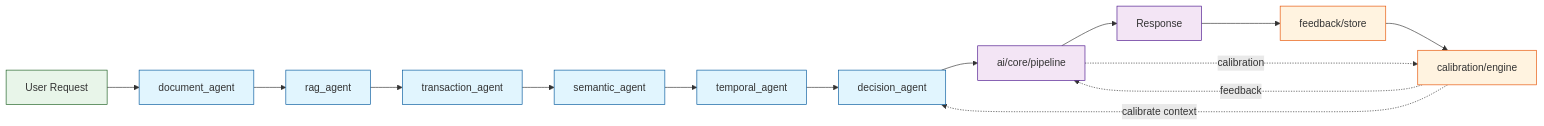
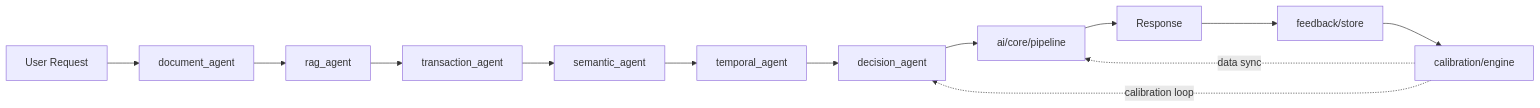
Before and after one commit to Quantum-Blade1/multi-agent-model: the first of 4 diagrams in README.md, drawn with Mermaid.

Commit message:
Refactor flowchart in README for clarity
Removed unnecessary comments and styles from the flowchart in the README.

````diff
--- a/README.md
+++ b/README.md
@@ -9,32 +9,18 @@
 ```mermaid
 flowchart LR
-    %% Main horizontal sequence
     UserReq["User Request"] --> documentAgent["document_agent"]
     documentAgent --> ragAgent["rag_agent"]
     ragAgent --> transactionAgent["transaction_agent"]
     transactionAgent --> semanticAgent["semantic_agent"]
     semanticAgent --> temporalAgent["temporal_agent"]
     temporalAgent --> decisionAgent["decision_agent"]
+    
     decisionAgent --> corePipeline["ai/core/pipeline"]
-    corePipeline --> Response
+    corePipeline --> Response["Response"]
     Response --> feedbackStore["feedback/store"]
     feedbackStore --> calibrationEngine["calibration/engine"]
 
-    %% Calibration feedback loops
-    corePipeline -.->|calibration| calibrationEngine
-    calibrationEngine -.->|feedback| corePipeline
-    calibrationEngine -.->|calibrate context| decisionAgent
-
-    %% Defining styles for visual clarity
-    classDef agent fill:#e1f5fe,stroke:#01579b,stroke-width:1px;
-    classDef user fill:#e8f5e9,stroke:#1b5e20,stroke-width:1px;
-    classDef core fill:#f3e5f5,stroke:#4a148c,stroke-width:1px;
-    classDef calibrate fill:#fff3e0,stroke:#e65100,stroke-width:1px;
-
-    %% Applying styles to nodes
-    class documentAgent,ragAgent,transactionAgent,semanticAgent,temporalAgent agent;
-    class UserReq user;
-    class decisionAgent agent;
-    class corePipeline,Response core;
-    class feedbackStore,calibrationEngine calibrate;
+    %% Feedback loops
+    calibrationEngine -.->|calibration loop| decisionAgent
+    calibrationEngine -.->|data sync| corePipeline
 ```
````
